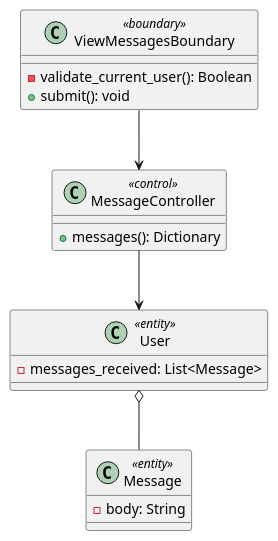
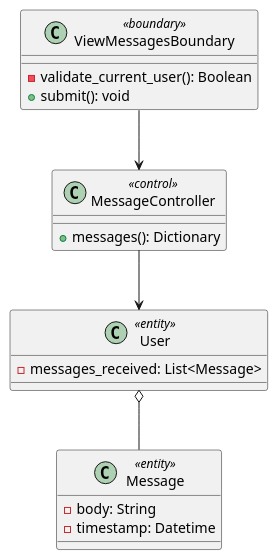
One commit to LapTQ/MCT changed the diagram in docs/UML/Class Diagrams/view-messages.pu. Above: the diagram before and after it, drawn with PlantUML. The commit also changed 71 other files, not shown here.

```diff
--- a/docs/UML/Class Diagrams/view-messages.pu
+++ b/docs/UML/Class Diagrams/view-messages.pu
@@ -1,26 +1,27 @@
 @startuml
 
 class ViewMessagesBoundary <<boundary>> {
 
     - validate_current_user(): Boolean
     + submit(): void
 }
 
 class MessageController <<control>> {
 
     + messages(): Dictionary
 }
 
 class User <<entity>> {
     - messages_received: List<Message>
 }
 
 class Message <<entity>> {
     - body: String
+    - timestamp: Datetime
 }
 
 ViewMessagesBoundary --> MessageController
 MessageController --> User
 User o-- Message
 
 @enduml
```
